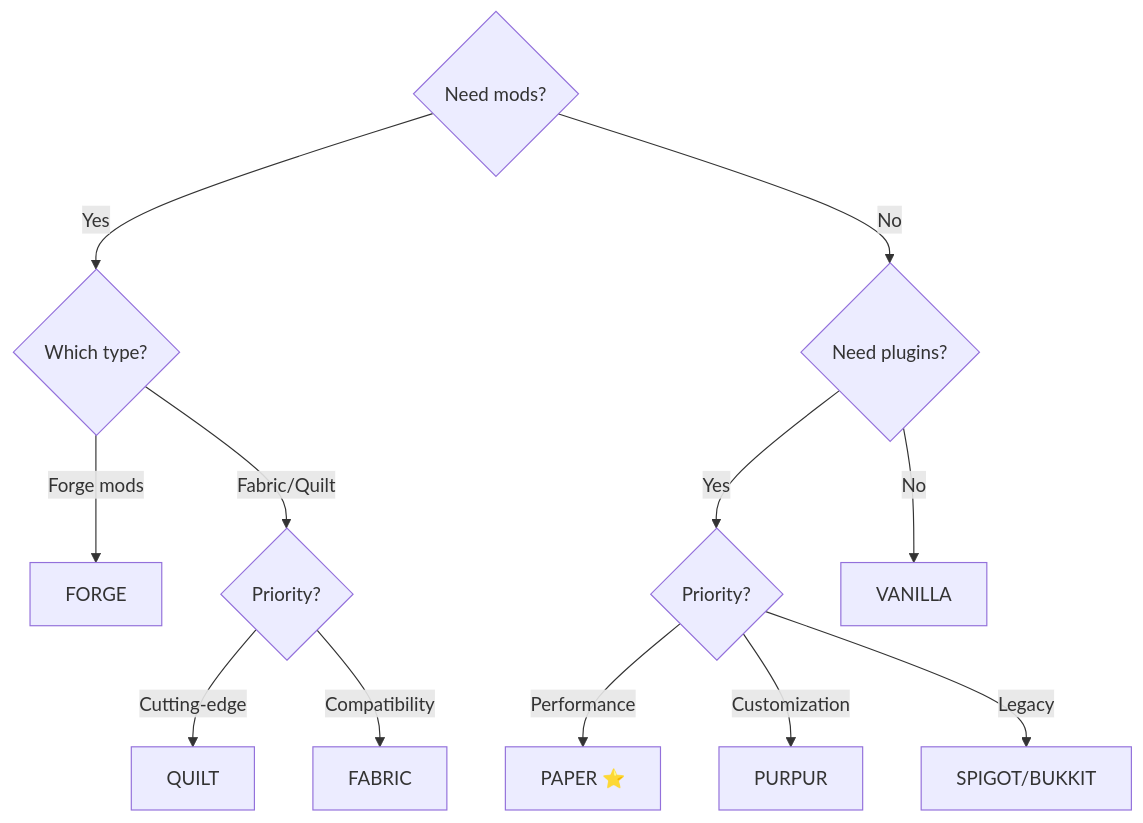
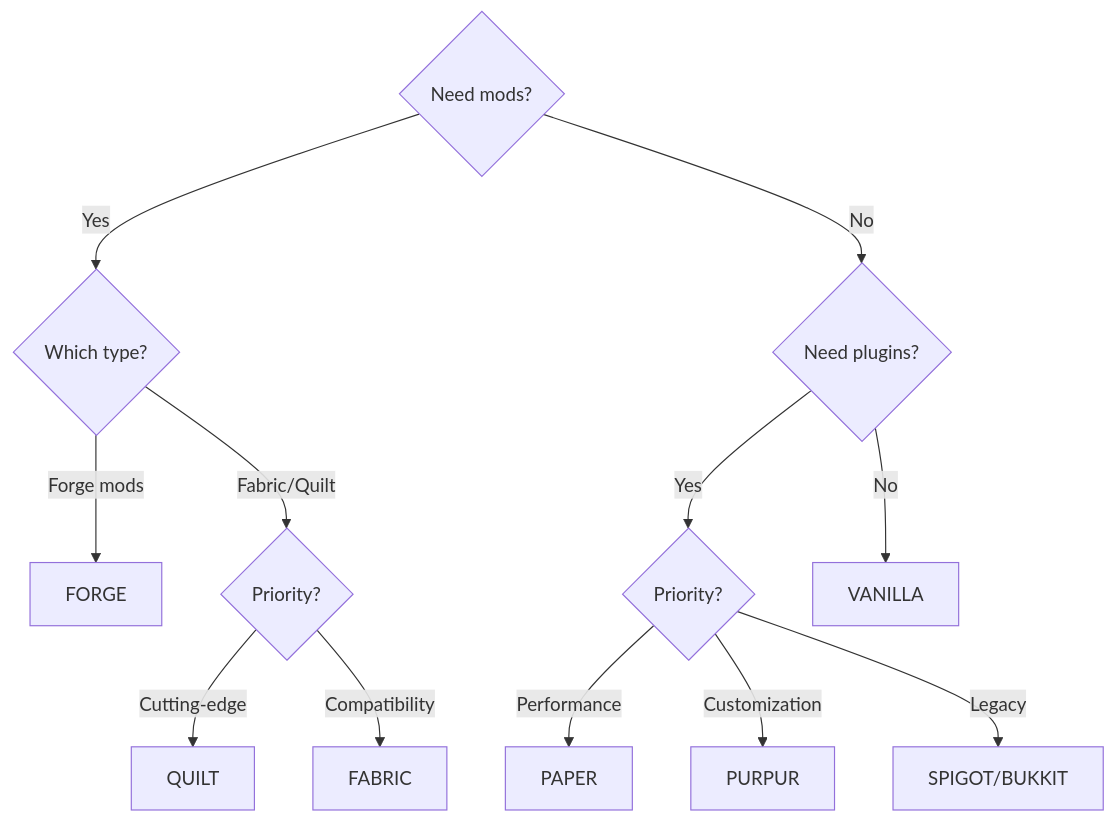
One commit to smallmiro/minecraft-server-manager changed the diagram in docs/configuration/server-types.md. Above: the diagram before and after it, drawn with Mermaid. The commit also changed other lines of this file and 17 other files, not shown here.

````diff
--- a/docs/configuration/server-types.md
+++ b/docs/configuration/server-types.md
@@ -314,17 +349,17 @@
 ```mermaid
 flowchart TD
     A{Need mods?} -->|Yes| B{Which type?}
     A -->|No| C{Need plugins?}
 
     B -->|Forge mods| D[FORGE]
     B -->|Fabric/Quilt| E{Priority?}
     E -->|Cutting-edge| F[QUILT]
     E -->|Compatibility| G[FABRIC]
 
     C -->|Yes| H{Priority?}
     C -->|No| I[VANILLA]
 
-    H -->|Performance| J[PAPER ⭐]
+    H -->|Performance| J[PAPER]
     H -->|Customization| K[PURPUR]
     H -->|Legacy| L[SPIGOT/BUKKIT]
 ```
````
